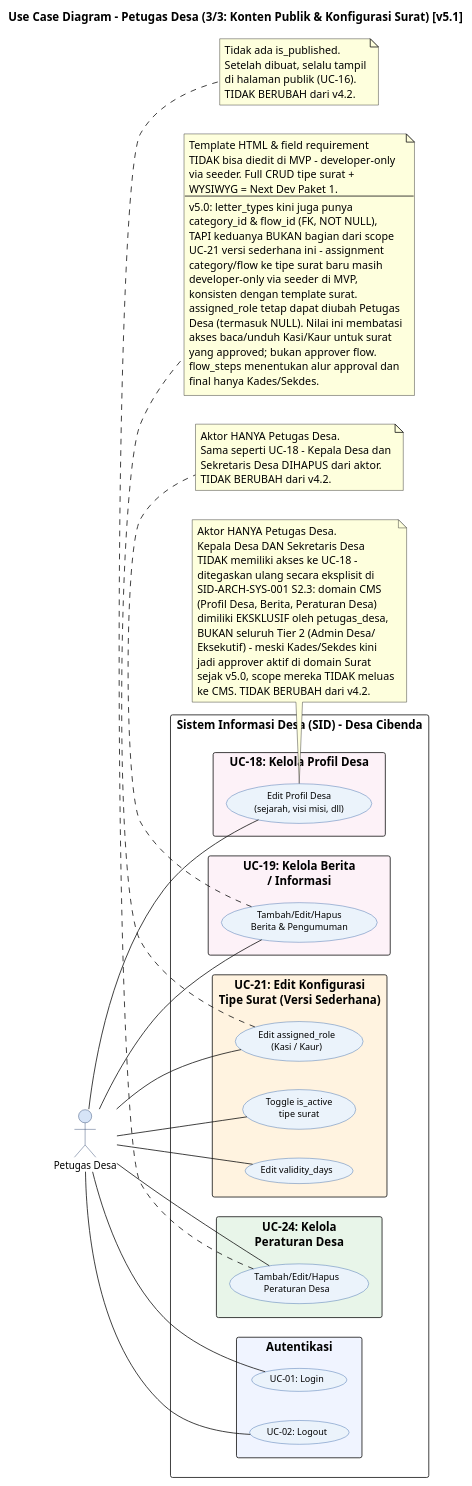
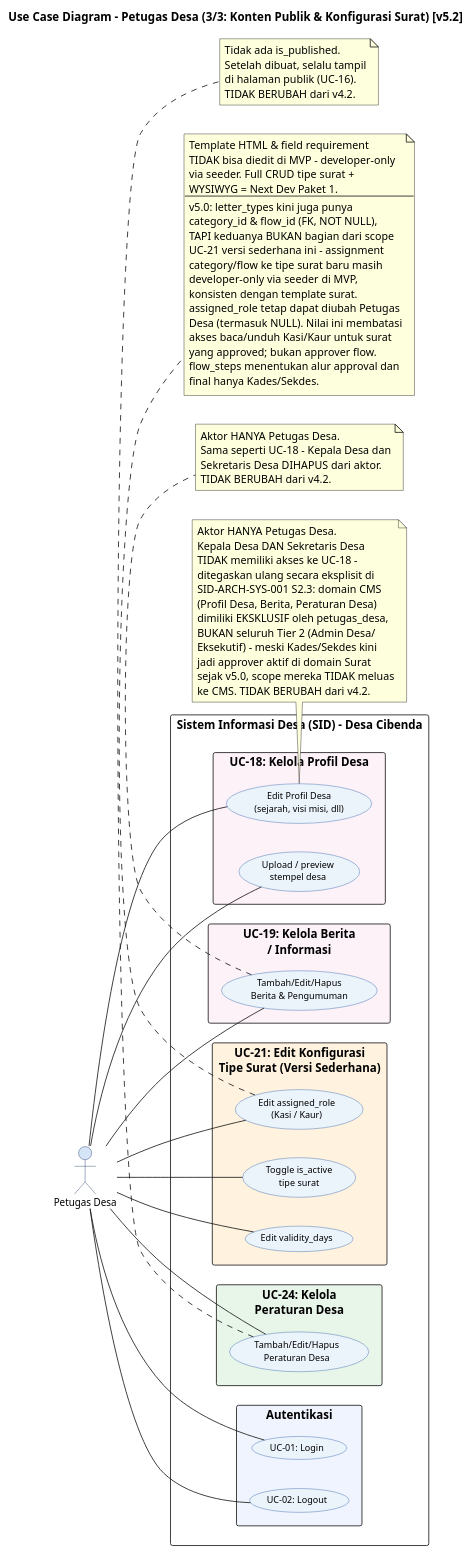
One commit to Vextronode/sid-app changed the diagram in docs/diagram/code/usecase/04_UC_PetugasDesa_KontenKonfigurasi_v5.puml. Above: the diagram before and after it, drawn with PlantUML. The commit also changed other lines of this file and 33 other files, not shown here.

```diff
--- a/docs/diagram/code/usecase/04_UC_PetugasDesa_KontenKonfigurasi_v5.puml
+++ b/docs/diagram/code/usecase/04_UC_PetugasDesa_KontenKonfigurasi_v5.puml
@@ -9,107 +9,109 @@
 @startuml 5.3.1b3_v5 UC_Petugas_Desa_Konten_Konfigurasi
 left to right direction
 skinparam packageStyle rectangle
 skinparam backgroundColor #FFFFFF
 skinparam usecase {
   BackgroundColor #EBF3FB
   BorderColor #2E5FA3
   FontName Arial
   FontSize 11
 }
 skinparam actor {
   BackgroundColor #D6E4F7
   BorderColor #1F3864
   FontName Arial
   FontSize 12
 }
 
-title Use Case Diagram - Petugas Desa (3/3: Konten Publik & Konfigurasi Surat) [v5.1]
+title Use Case Diagram - Petugas Desa (3/3: Konten Publik & Konfigurasi Surat) [v5.2]
 
 actor "Petugas Desa" as PD
 
 rectangle "Sistem Informasi Desa (SID) - Desa Cibenda" {
 
   rectangle "UC-18: Kelola Profil Desa" #FDF2F8 {
     usecase "Edit Profil Desa\n(sejarah, visi misi, dll)" as UC_DESA
+    usecase "Upload / preview\nstempel desa" as UC_STAMP
   }
 
   rectangle "UC-19: Kelola Berita\n/ Informasi" #FDF2F8 {
     usecase "Tambah/Edit/Hapus\nBerita & Pengumuman" as UC_NEWS
   }
 
   rectangle "UC-21: Edit Konfigurasi\nTipe Surat (Versi Sederhana)" #FFF3E0 {
     usecase "Toggle is_active\ntipe surat" as UC_LT_TOGGLE
     usecase "Edit validity_days" as UC_LT_VALIDITY
     usecase "Edit assigned_role\n(Kasi / Kaur)" as UC_LT_ROLE
   }
 
   rectangle "UC-24: Kelola\nPeraturan Desa" #E8F5E9 {
     usecase "Tambah/Edit/Hapus\nPeraturan Desa" as UC_REG
   }
 
   rectangle "Autentikasi" #F0F4FF {
     usecase "UC-01: Login" as UC_LOGIN
     usecase "UC-02: Logout" as UC_LOGOUT
   }
 }
 
 PD -- UC_LOGIN
 PD -- UC_LOGOUT
 PD -- UC_DESA
+PD -- UC_STAMP
 PD -- UC_NEWS
 PD -- UC_LT_TOGGLE
 PD -- UC_LT_VALIDITY
 PD -- UC_LT_ROLE
 PD -- UC_REG
 
 note bottom of UC_DESA
   Aktor HANYA Petugas Desa.
   Kepala Desa DAN Sekretaris Desa
   TIDAK memiliki akses ke UC-18 -
   ditegaskan ulang secara eksplisit di
   SID-ARCH-SYS-001 S2.3: domain CMS
   (Profil Desa, Berita, Peraturan Desa)
   dimiliki EKSKLUSIF oleh petugas_desa,
   BUKAN seluruh Tier 2 (Admin Desa/
   Eksekutif) - meski Kades/Sekdes kini
   jadi approver aktif di domain Surat
   sejak v5.0, scope mereka TIDAK meluas
   ke CMS. TIDAK BERUBAH dari v4.2.
 end note
 
 note bottom of UC_NEWS
   Aktor HANYA Petugas Desa.
   Sama seperti UC-18 - Kepala Desa dan
   Sekretaris Desa DIHAPUS dari aktor.
   TIDAK BERUBAH dari v4.2.
 end note
 
 note bottom of UC_LT_ROLE
   Template HTML & field requirement
   TIDAK bisa diedit di MVP - developer-only
   via seeder. Full CRUD tipe surat +
   WYSIWYG = Next Dev Paket 1.
   ---
   v5.0: letter_types kini juga punya
   category_id & flow_id (FK, NOT NULL),
   TAPI keduanya BUKAN bagian dari scope
   UC-21 versi sederhana ini - assignment
   category/flow ke tipe surat baru masih
   developer-only via seeder di MVP,
   konsisten dengan template surat.
   assigned_role tetap dapat diubah Petugas
   Desa (termasuk NULL). Nilai ini membatasi
   akses baca/unduh Kasi/Kaur untuk surat
   yang approved; bukan approver flow.
   flow_steps menentukan alur approval dan
   final hanya Kades/Sekdes.
 end note
 
 note bottom of UC_REG
   Tidak ada is_published.
   Setelah dibuat, selalu tampil
   di halaman publik (UC-16).
   TIDAK BERUBAH dari v4.2.
 end note
 
 @enduml
```
